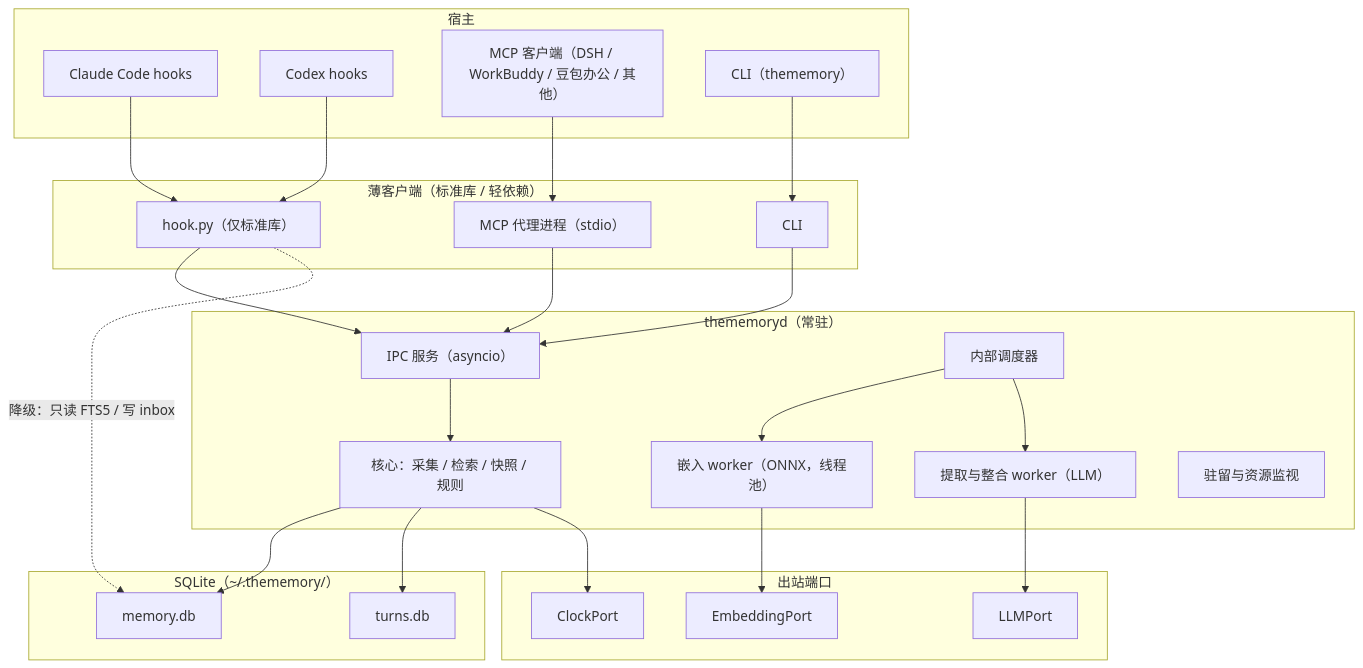
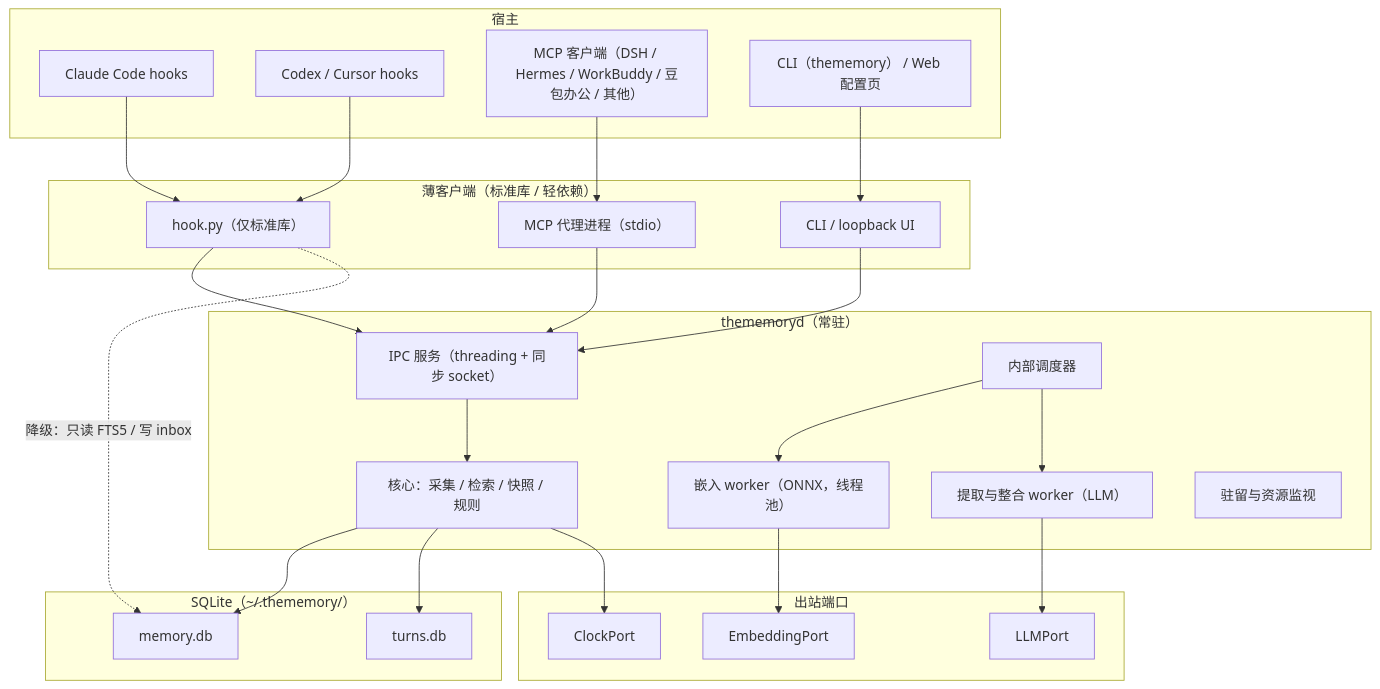
Before and after one commit to kymjs/TheMemory: the diagram in doc/技术方案文档.md, drawn with Mermaid. The commit also changed other lines of this file and 54 other files, not shown here.

````diff
--- a/doc/技术方案文档.md
+++ b/doc/技术方案文档.md
@@ -112,52 +114,52 @@
 ```mermaid
 flowchart TB
     subgraph HOSTS["宿主"]
         H1["Claude Code hooks"]
-        H2["Codex hooks"]
-        H3["MCP 客户端（DSH / WorkBuddy / 豆包办公 / 其他）"]
-        H4["CLI（thememory）"]
+        H2["Codex / Cursor hooks"]
+        H3["MCP 客户端（DSH / Hermes / WorkBuddy / 豆包办公 / 其他）"]
+        H4["CLI（thememory） / Web 配置页"]
     end
 
     subgraph CLIENTS["薄客户端（标准库 / 轻依赖）"]
         C1["hook.py（仅标准库）"]
         C2["MCP 代理进程（stdio）"]
-        C3["CLI"]
+        C3["CLI / loopback UI"]
     end
 
     subgraph DAEMON["thememoryd（常驻）"]
-        IPC["IPC 服务（asyncio）"]
+        IPC["IPC 服务（threading + 同步 socket）"]
         CORE["核心：采集 / 检索 / 快照 / 规则"]
         SCH["内部调度器"]
         EMB["嵌入 worker（ONNX，线程池）"]
         EXT["提取与整合 worker（LLM）"]
         RES["驻留与资源监视"]
     end
 
     subgraph OUT["出站端口"]
         P1["LLMPort"]
         P2["EmbeddingPort"]
         P3["ClockPort"]
     end
 
     subgraph STORE["SQLite（~/.thememory/）"]
         S1["memory.db"]
         S2["turns.db"]
     end
 
     H1 --> C1
     H2 --> C1
     H3 --> C2
     H4 --> C3
     C1 --> IPC
     C2 --> IPC
     C3 --> IPC
     IPC --> CORE
     CORE --> S1
     CORE --> S2
     SCH --> EMB
     SCH --> EXT
     EXT --> P1
     EMB --> P2
     CORE --> P3
     C1 -. "降级：只读 FTS5 / 写 inbox" .-> S1
 ```
````
